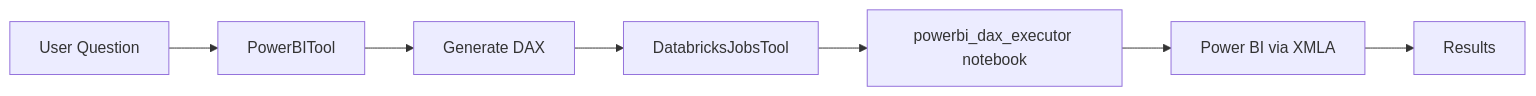
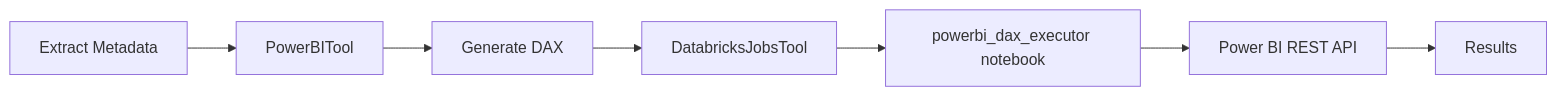
One commit to databrickslabs/kasal changed the diagram in src/docs/POWERBI_NOTEBOOK_DEPLOYMENT.md. Above: the diagram before and after it, drawn with Mermaid. The commit also changed other lines of this file and 1 other file, not shown here.

````diff
--- a/src/docs/POWERBI_NOTEBOOK_DEPLOYMENT.md
+++ b/src/docs/POWERBI_NOTEBOOK_DEPLOYMENT.md
@@ -294,9 +369,9 @@
 ```mermaid
 graph LR
-    A[User Question] --> B[PowerBITool]
+    A[Extract Metadata] --> B[PowerBITool]
     B --> C[Generate DAX]
     C --> D[DatabricksJobsTool]
     D --> E[powerbi_dax_executor notebook]
-    E --> F[Power BI via XMLA]
+    E --> F[Power BI REST API]
     F --> G[Results]
 ```
````
